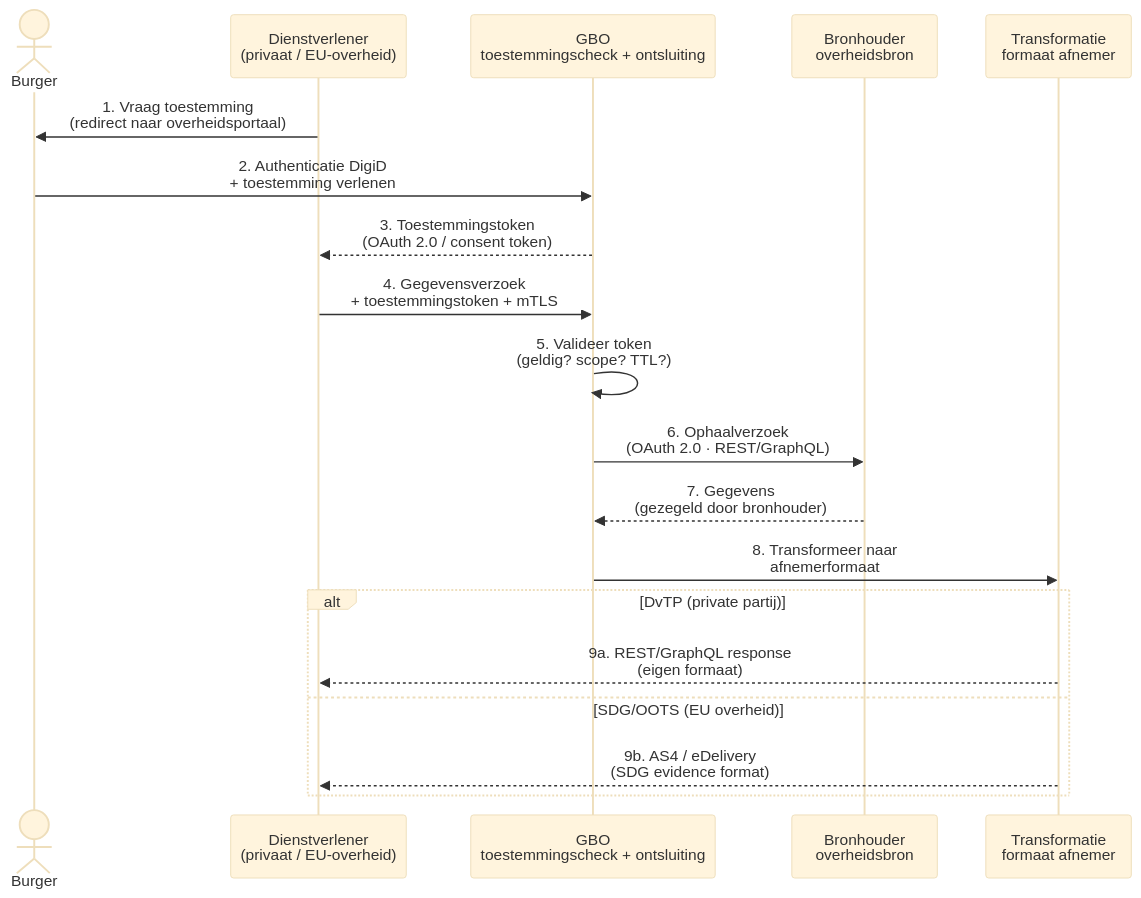
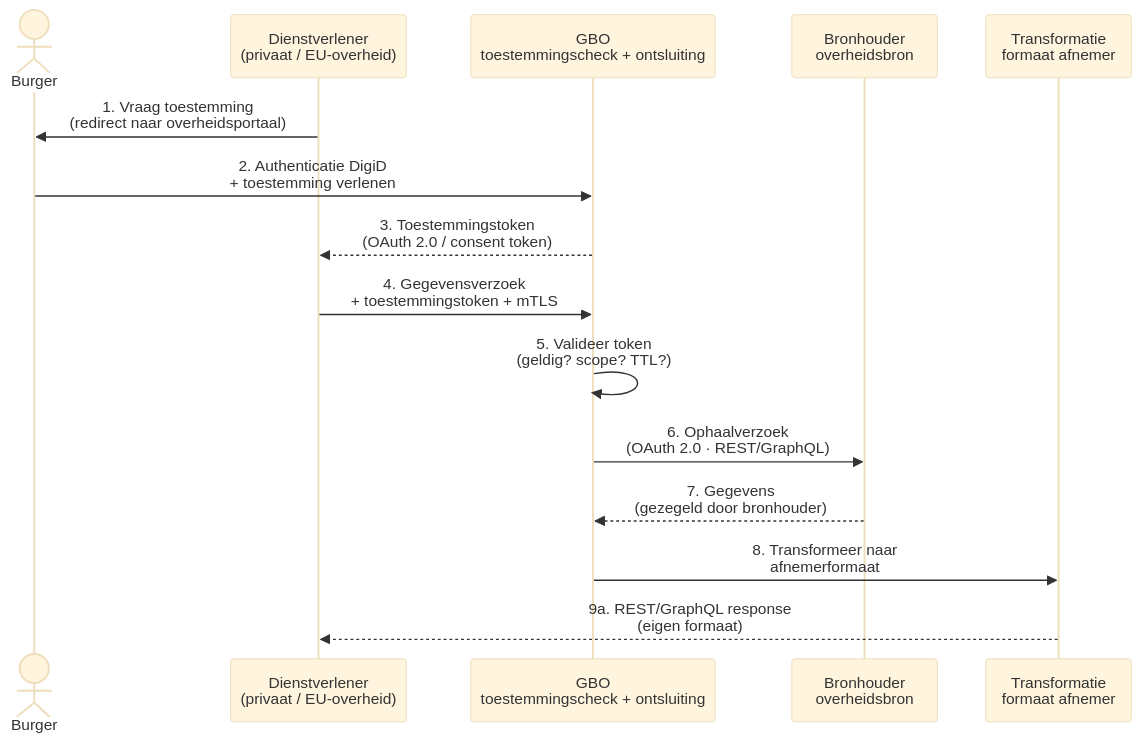
One commit to ICTU/GBO changed the diagram in docs/diagrammen/interactiepatroon-PP-haalt-gegevens-op.mmd. Above: the diagram before and after it, drawn with Mermaid (base theme). The commit also changed other lines of this file, not shown here.

````diff
--- a/docs/diagrammen/interactiepatroon-PP-haalt-gegevens-op.mmd
+++ b/docs/diagrammen/interactiepatroon-PP-haalt-gegevens-op.mmd
@@ -3,26 +3,22 @@
 ``` mermaid
 
 sequenceDiagram
     actor Burger
     participant DV as Dienstverlener<br/>(privaat / EU-overheid)
     participant GBO as GBO<br/>toestemmingscheck + ontsluiting
     participant Bron as Bronhouder<br/>overheidsbron
     participant TR as Transformatie<br/>formaat afnemer
 
     DV->>Burger: 1. Vraag toestemming<br/>(redirect naar overheidsportaal)
     Burger->>GBO: 2. Authenticatie DigiD<br/>+ toestemming verlenen
     GBO-->>DV: 3. Toestemmingstoken<br/>(OAuth 2.0 / consent token)
 
     DV->>GBO: 4. Gegevensverzoek<br/>+ toestemmingstoken + mTLS
     GBO->>GBO: 5. Valideer token<br/>(geldig? scope? TTL?)
     GBO->>Bron: 6. Ophaalverzoek<br/>(OAuth 2.0 · REST/GraphQL)
     Bron-->>GBO: 7. Gegevens<br/>(gezegeld door bronhouder)
     GBO->>TR: 8. Transformeer naar<br/>afnemerformaat
 
-    alt DvTP (private partij)
-        TR-->>DV: 9a. REST/GraphQL response<br/>(eigen formaat)
-    else SDG/OOTS (EU overheid)
-        TR-->>DV: 9b. AS4 / eDelivery<br/>(SDG evidence format)
-    end
+    TR-->>DV: 9a. REST/GraphQL response<br/>(eigen formaat)
 
 ```
````
